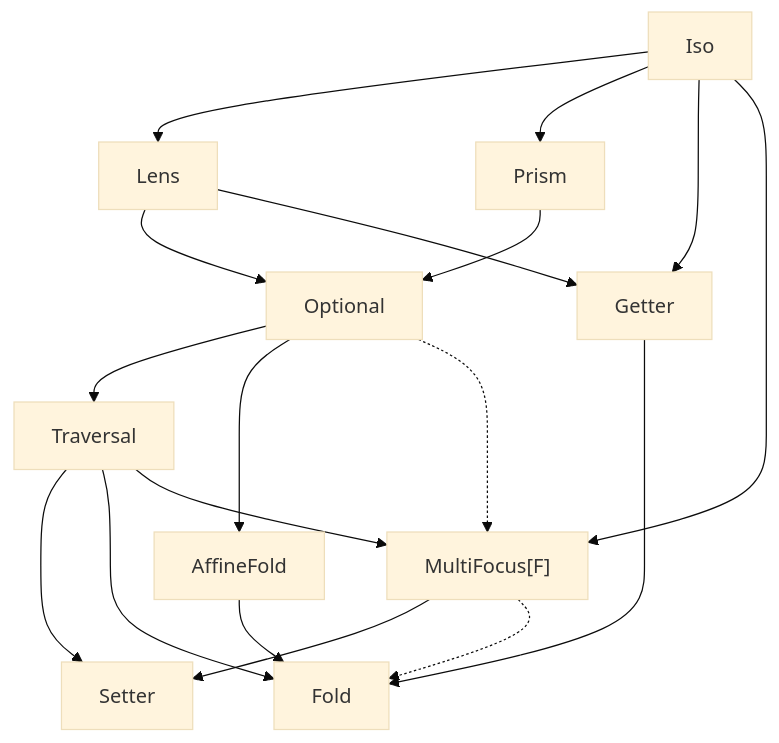
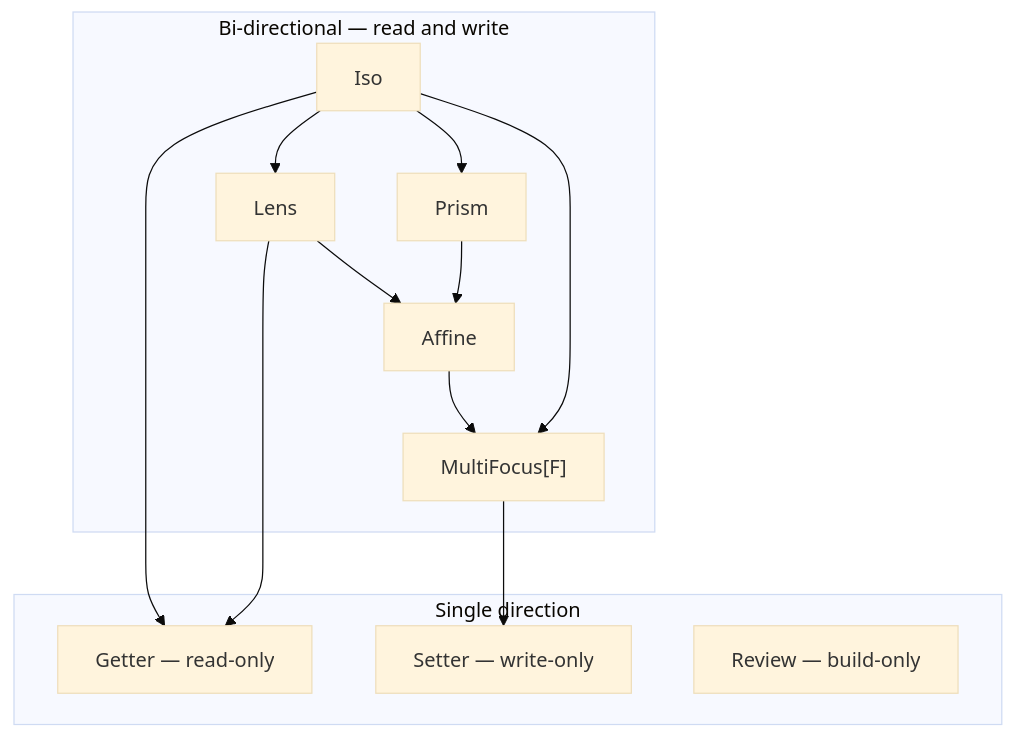
Before and after one commit to Constructive-Programming/eo: the diagram in site/docs/optics.md, drawn with Mermaid (base theme). The commit also changed other lines of this file and 2 other files, not shown here.

````diff
--- a/site/docs/optics.md
+++ b/site/docs/optics.md
@@ -20,51 +17,30 @@
 ```mermaid
 flowchart TD
-  %% Read-write spine — Iso ⊏ {Lens, Prism} ⊏ Optional ⊏ Traversal ⊏ Setter.
-  %% Each downward edge is a native specialisation; composing two adjacent
-  %% families lands at the lower node by following both arrows down.
-  Iso --> Lens
-  Iso --> Prism
-  Lens --> Optional
-  Prism --> Optional
-  Optional --> Traversal
-  Traversal --> Setter
+  subgraph bidir["Bi-directional — read and write"]
+    Iso --> Lens
+    Iso --> Prism
+    Lens --> Affine
+    Prism --> Affine
+    Affine --> MultiFocus["MultiFocus[F]"]
+    Iso --> MultiFocus
+  end
 
-  %% Read-only branch — drops the write side (T = Unit). Every read-write
-  %% family has a read-only counterpart that fans into Fold.
+  subgraph single["Single direction"]
+    Getter["Getter — read-only"]
+    Setter["Setter — write-only"]
+    Review["Review — build-only"]
+  end
+
   Iso --> Getter
   Lens --> Getter
-  Optional --> AffineFold
-  Getter --> Fold
-  AffineFold --> Fold
-  Traversal --> Fold
-
-  %% MultiFocus[F] is a near-terminal node with five sub-shapes
-  %% selected by F: AlgLens (F: Functor / Foldable / Traverse),
-  %% Kaleidoscope (F: Apply aggregates), Grate (F = Function1[X0, *]),
-  %% PowerSeries (F = PSVec, the Traversal.each carrier), and
-  %% FixedTraversal[N] (F = Function1[Int, *] for the .{two,three,four}
-  %% factories). Inbound bridges from every classical family land
-  %% here; outbound goes to Setter via multifocus2setter, plus a
-  %% read-only T=Unit escape to Forget[F] via multifocus2forget.
-  %% Dotted edges mark *degraded* conversions where the result loses
-  %% information the original carrier carried.
-  Iso --> MultiFocus["MultiFocus[F]"]
-  Optional -.-> MultiFocus
   MultiFocus --> Setter
-  MultiFocus -.-> Fold
-
-  %% Traversal.each is the F = PSVec sub-shape of MultiFocus[F]; drawn
-  %% as Traversal in the lattice for legibility.
-  Traversal --> MultiFocus
 
   click Iso "#iso"
   click Lens "#lens"
   click Prism "#prism"
-  click Optional "#optional"
-  click Traversal "#traversal"
+  click Affine "#affine"
+  click MultiFocus "#multifocus"
+  click Getter "#getter"
   click Setter "#setter"
-  click Getter "#getter"
-  click AffineFold "#affinefold"
-  click Fold "#fold"
-  click MultiFocus "#multifocus"
+  click Review "#review"
 ```
````
